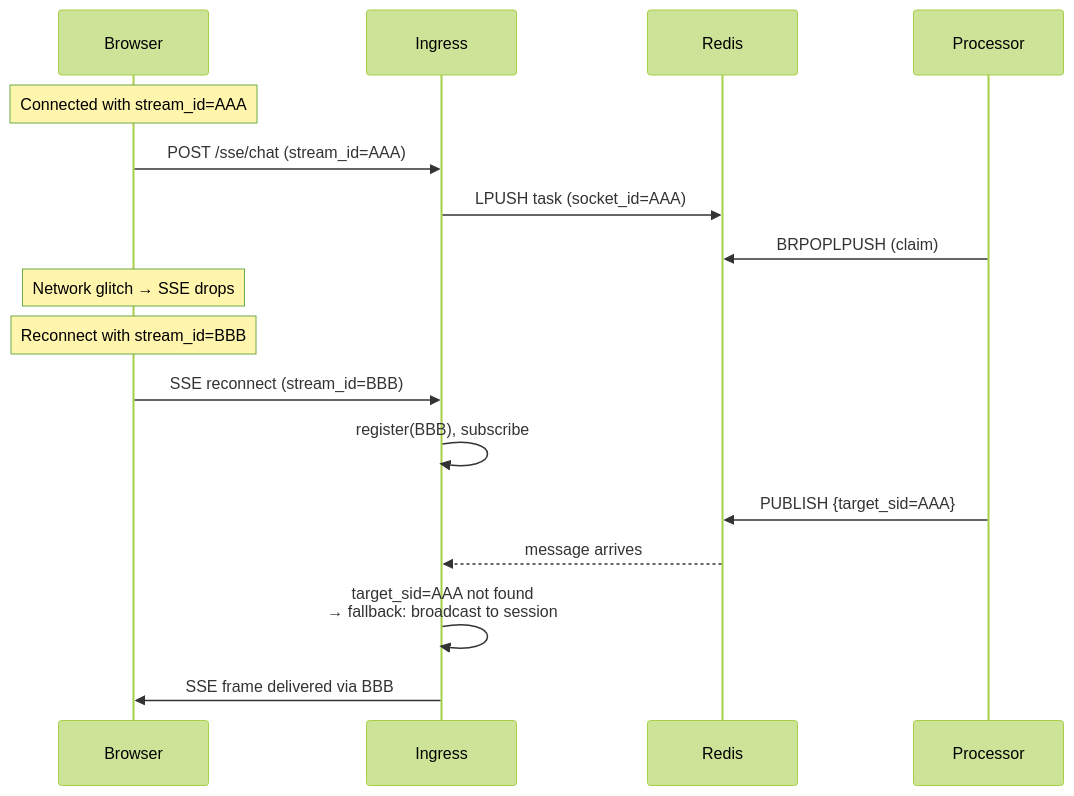
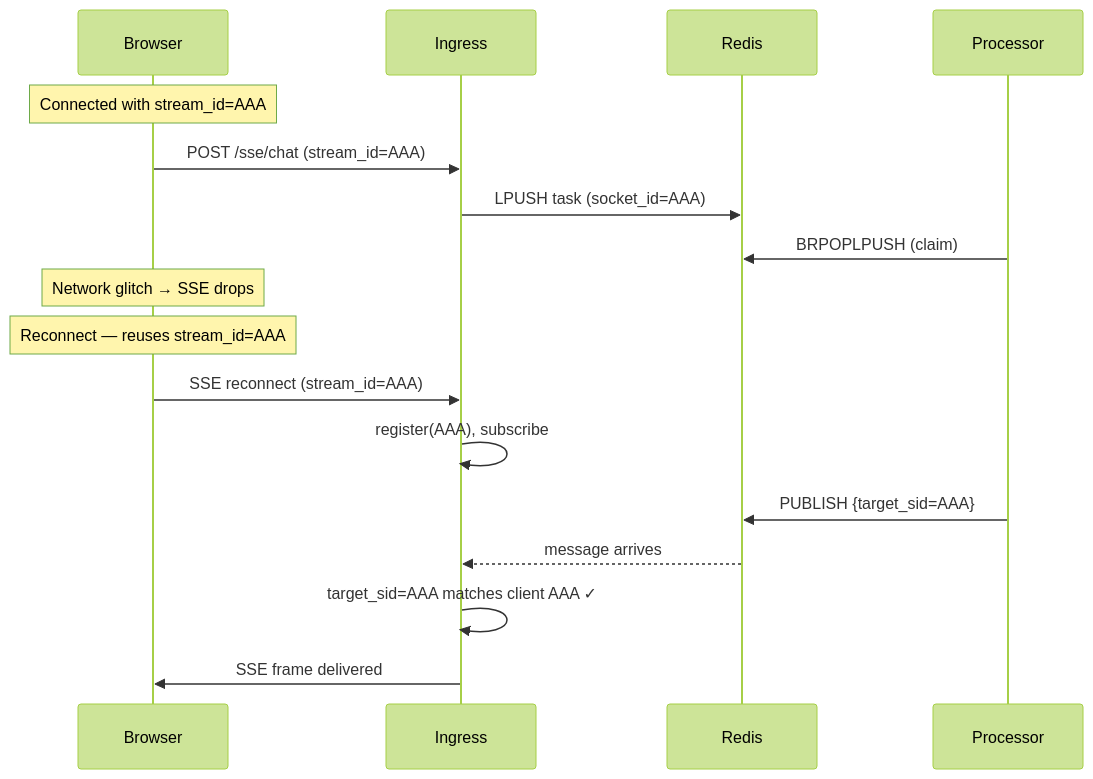
Before and after one commit to kdcube/kdcube-ai-app: the second of 2 diagrams in app/ai-app/docs/service/comm/CHAT-RELAY-SESSION-SUBSCR-SSE-SOCKETIO-FUNOUT.README.md, drawn with Mermaid (forest theme). The commit also changed other lines of this file and 1 other file, not shown here.

First line of the commit message:
Revert SSE fan-out broadcast fallback, keep DM-only with warning log

````diff
--- a/app/ai-app/docs/service/comm/CHAT-RELAY-SESSION-SUBSCR-SSE-SOCKETIO-FUNOUT.README.md
+++ b/app/ai-app/docs/service/comm/CHAT-RELAY-SESSION-SUBSCR-SSE-SOCKETIO-FUNOUT.README.md
@@ -375,24 +381,24 @@
 ```mermaid
 sequenceDiagram
     participant Browser
     participant Ingress as Ingress
     participant Redis as Redis
     participant Proc as Processor
 
     Note over Browser: Connected with stream_id=AAA
 
     Browser->>Ingress: POST /sse/chat (stream_id=AAA)
     Ingress->>Redis: LPUSH task (socket_id=AAA)
     Proc->>Redis: BRPOPLPUSH (claim)
 
     Note over Browser: Network glitch → SSE drops
-    Note over Browser: Reconnect with stream_id=BBB
+    Note over Browser: Reconnect — reuses stream_id=AAA
 
-    Browser->>Ingress: SSE reconnect (stream_id=BBB)
-    Ingress->>Ingress: register(BBB), subscribe
+    Browser->>Ingress: SSE reconnect (stream_id=AAA)
+    Ingress->>Ingress: register(AAA), subscribe
 
     Proc->>Redis: PUBLISH {target_sid=AAA}
     Redis-->>Ingress: message arrives
-    Ingress->>Ingress: target_sid=AAA not found<br>→ fallback: broadcast to session
-    Ingress->>Browser: SSE frame delivered via BBB
+    Ingress->>Ingress: target_sid=AAA matches client AAA ✓
+    Ingress->>Browser: SSE frame delivered
 ```
````
